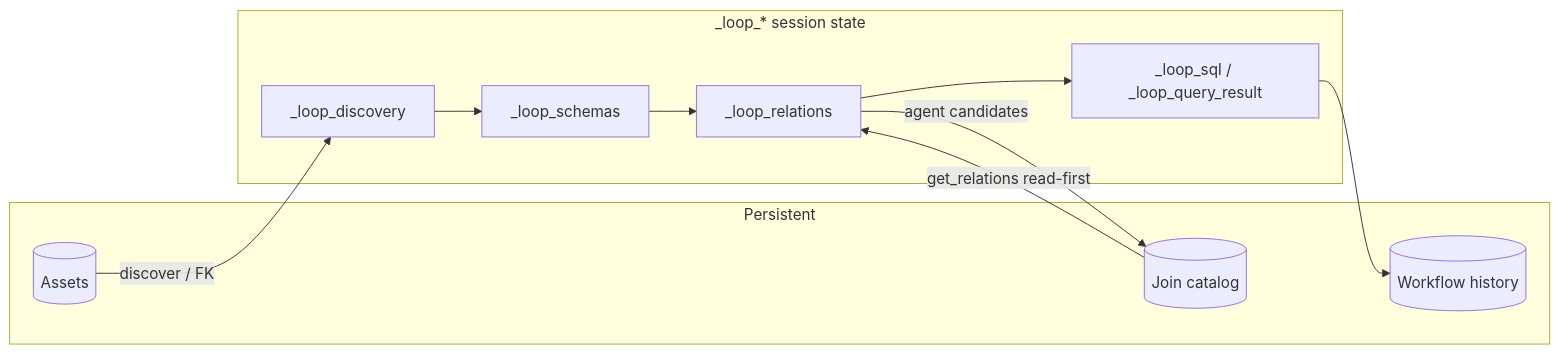
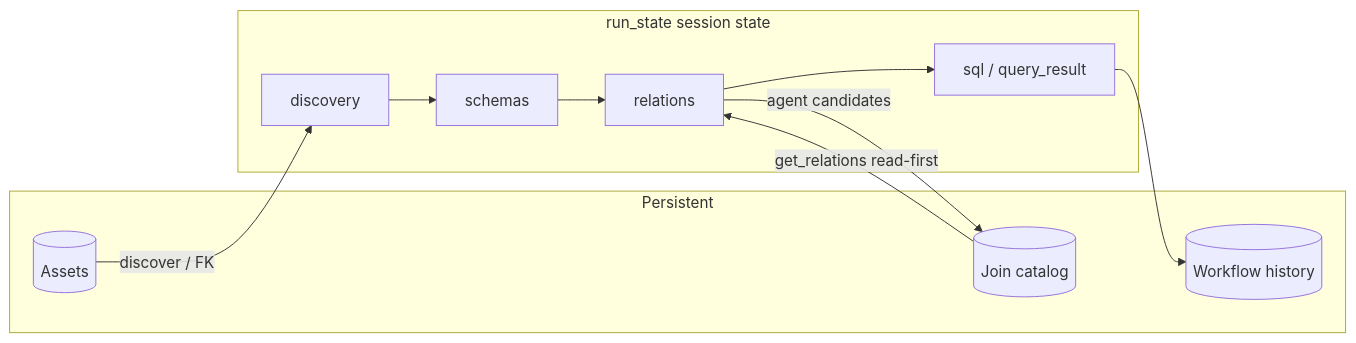
The eighth of 8 diagrams in docs/DESIGN.md (W1412X/dbaide), drawn with Mermaid before and after one commit. The commit also changed other lines of this file and 107 other files, not shown here.

````diff
--- a/docs/DESIGN.md
+++ b/docs/DESIGN.md
@@ -354,21 +339,21 @@
 ```mermaid
 flowchart LR
     subgraph Persistent["Persistent"]
         AS[("Assets")]
         JN[("Join catalog")]
         HI[("Workflow history")]
     end
 
-    subgraph Runtime["_loop_* session state"]
-        LD["_loop_discovery"]
-        LS["_loop_schemas"]
-        LR["_loop_relations"]
-        LQ["_loop_sql / _loop_query_result"]
+    subgraph Runtime["run_state session state"]
+        LD["discovery"]
+        LS["schemas"]
+        LR["relations"]
+        LQ["sql / query_result"]
     end
 
     AS -->|discover / FK| LD
     JN -->|get_relations read-first| LR
     LD --> LS --> LR --> LQ
     LR -->|agent candidates| JN
     LQ --> HI
 ```
````
